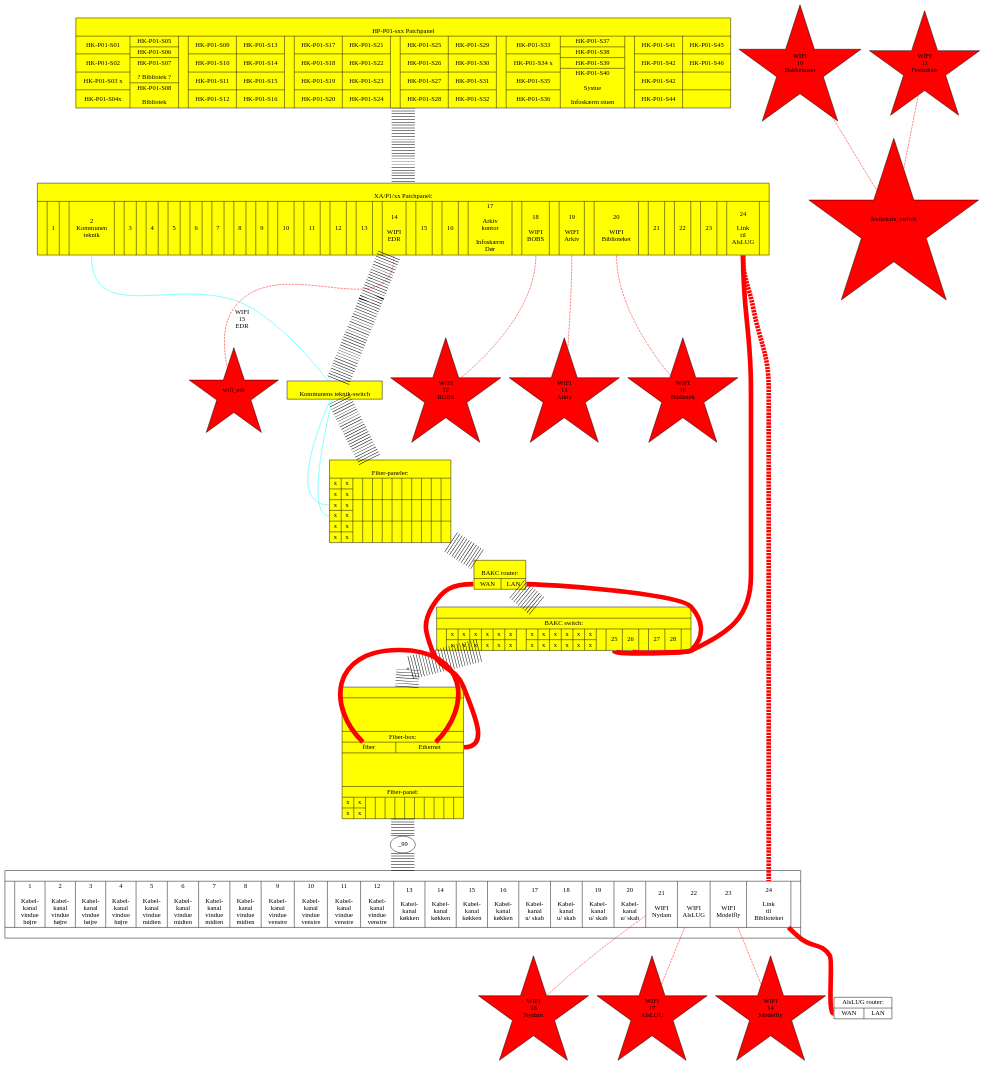
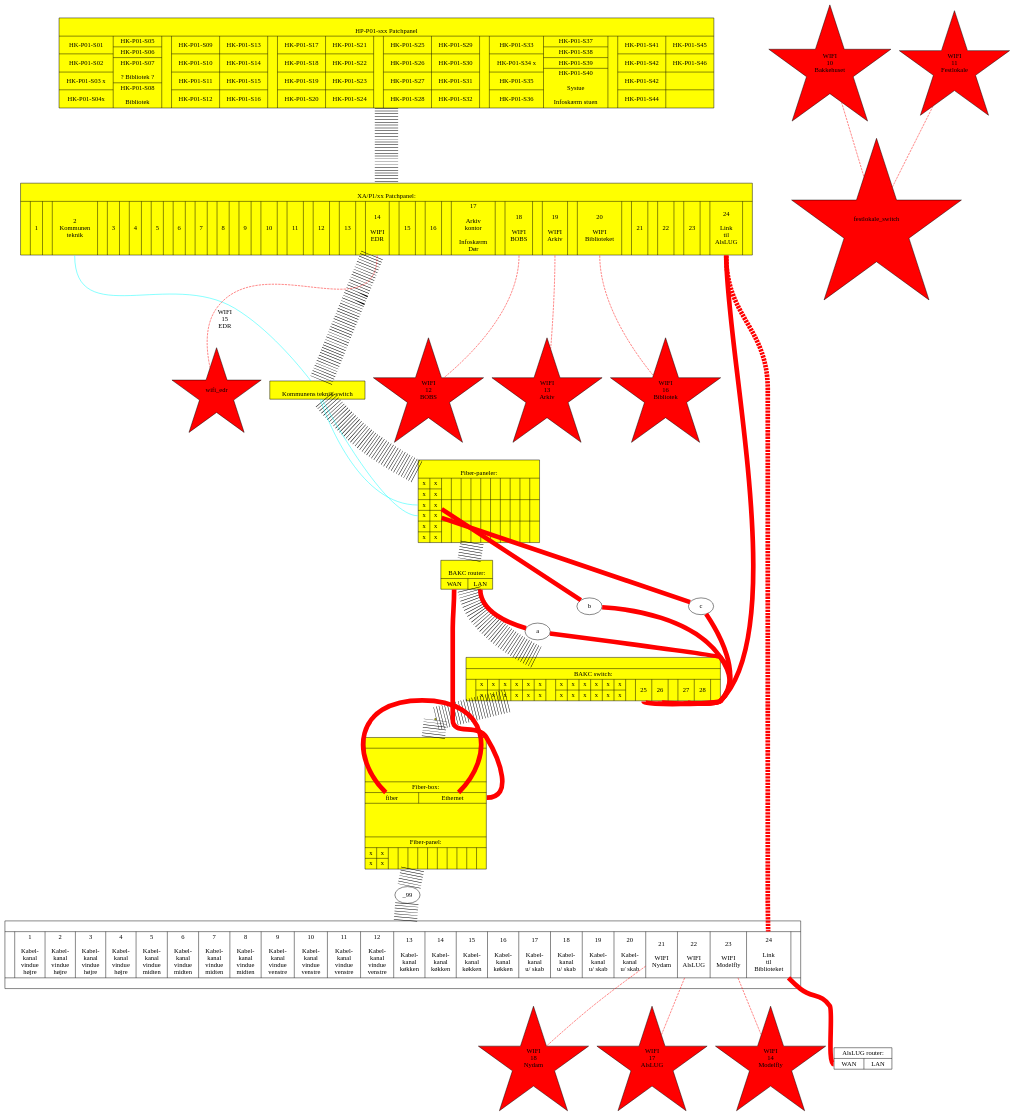
One commit to alslug/alslug.dk changed the diagram in projekter/patch-paneler.dot. Above: the diagram before and after it, drawn with Graphviz.

```diff
--- a/projekter/patch-paneler.dot
+++ b/projekter/patch-paneler.dot
@@ -218,9 +218,9 @@
   alslug_router [ shape=record label="{AlsLUG router:|{<wan> WAN|<lan> LAN}}" ];
   
   bib_skab:stofabox_ethernet -> bakc_router:wan [ color=red penwidth=10 ];
-  bakc_router:lan -> bib_switch:26 [ color=red penwidth=10 ];
-//  bib_fiberpaneler_1:festlokale_fiber_1 -> bib_switch:fiber_1 [ color=red penwidth=10 ];
-//  bib_fiberpaneler_1:festlokale_fiber_2 -> bib_switch:fiber_1 [ color=red penwidth=10 ];
+  bakc_router:lan -> a -> bib_switch:26 [ color=red penwidth=10 ];
+  bib_fiberpaneler_1:festlokale_fiber_1 -> b -> bib_switch:fiber_1 [ color=red penwidth=10 ];
+  bib_fiberpaneler_1:festlokale_fiber_2 -> c -> bib_switch:fiber_1 [ color=red penwidth=10 ];
  
   { # Ruckus accesspoints
     node [shape=star style=filled fillcolor=red ];
```
